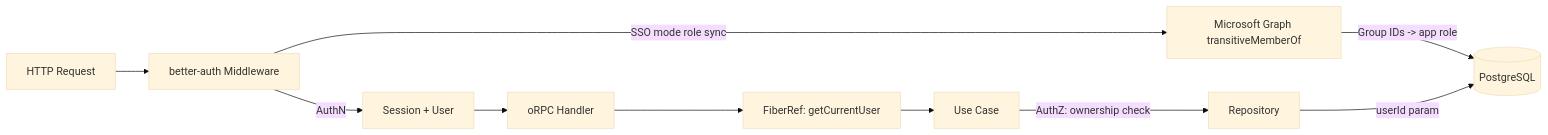
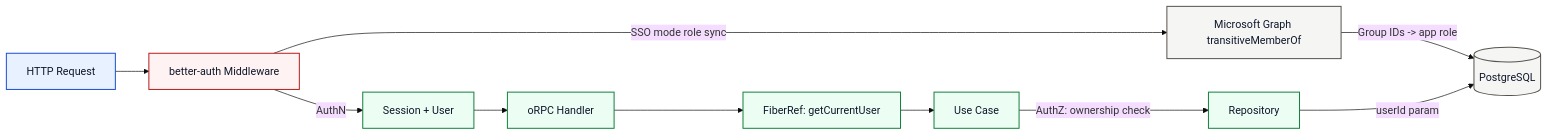
Before and after one commit to brandonbryant12/content-studio: the first of 3 diagrams in docs/architecture/access-control.md, drawn with Mermaid (base theme). The commit also changed other lines of this file and 109 other files, not shown here.

````diff
--- a/docs/architecture/access-control.md
+++ b/docs/architecture/access-control.md
@@ -3,12 +3,23 @@
 ```mermaid
-graph LR
+flowchart LR
+  classDef entry fill:#e8f1ff,stroke:#1d4ed8,color:#0f172a,stroke-width:1.5px;
+  classDef runtime fill:#ecfdf3,stroke:#15803d,color:#0f172a,stroke-width:1.5px;
+  classDef async fill:#fff7ed,stroke:#c2410c,color:#0f172a,stroke-width:1.5px;
+  classDef store fill:#f5f5f4,stroke:#57534e,color:#0f172a,stroke-width:1.5px;
+  classDef control fill:#fef2f2,stroke:#b91c1c,color:#0f172a,stroke-width:1.5px;
+
   Request[HTTP Request] --> Middleware[better-auth Middleware]
   Middleware -->|AuthN| Session[Session + User]
   Middleware -->|SSO mode role sync| Graph[Microsoft Graph transitiveMemberOf]
   Graph -->|Group IDs -> app role| DB[(PostgreSQL)]
   Session --> Handler[oRPC Handler]
   Handler --> FiberRef[FiberRef: getCurrentUser]
   FiberRef --> UseCase[Use Case]
   UseCase -->|AuthZ: ownership check| Repo[Repository]
   Repo -->|userId param| DB[(PostgreSQL)]
+
+  class Request entry;
+  class Session,Handler,FiberRef,UseCase,Repo runtime;
+  class Middleware control;
+  class Graph,DB store;
 ```
````
